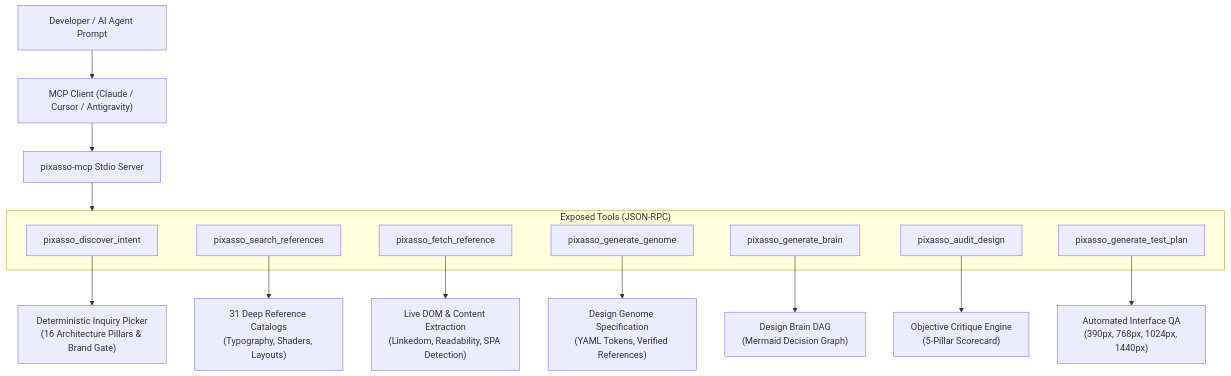
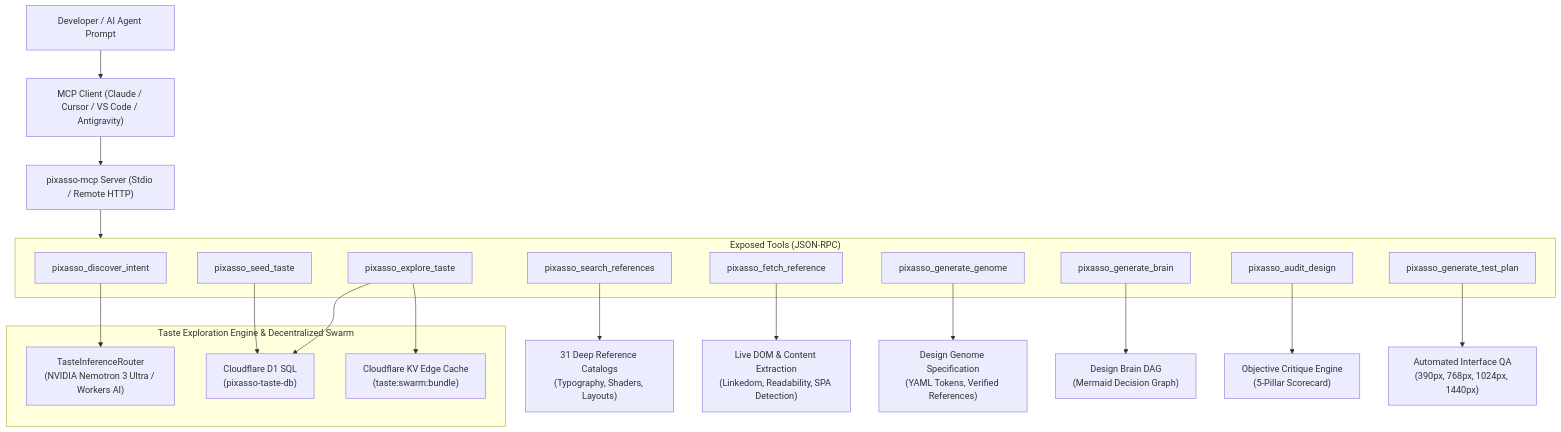
One commit to Erebuzzz/pixasso changed the first of 2 diagrams in mcp-server/README.md. Above: the diagram before and after it, drawn with Mermaid. The commit also changed other lines of this file and 29 other files, not shown here.

Commit message:
Add self-learning taste exploration engine and decentralized swarm intelligence with Cloudflare D1

````diff
--- a/mcp-server/README.md
+++ b/mcp-server/README.md
@@ -17,25 +17,36 @@
 ```mermaid
 flowchart TD
-    User["Developer / AI Agent Prompt"] --> Client["MCP Client (Claude / Cursor / Antigravity)"]
-    Client --> Server["pixasso-mcp Stdio Server"]
+    User["Developer / AI Agent Prompt"] --> Client["MCP Client (Claude / Cursor / VS Code / Antigravity)"]
+    Client --> Server["pixasso-mcp Server (Stdio / Remote HTTP)"]
 
     subgraph Tools ["Exposed Tools (JSON-RPC)"]
         T1["pixasso_discover_intent"]
         T2["pixasso_search_references"]
         T3["pixasso_fetch_reference"]
         T4["pixasso_generate_genome"]
         T5["pixasso_generate_brain"]
         T6["pixasso_audit_design"]
         T7["pixasso_generate_test_plan"]
+        T8["pixasso_explore_taste"]
+        T9["pixasso_seed_taste"]
     end
 
     Server --> Tools
 
-    T1 --> P1["Deterministic Inquiry Picker<br/>(16 Architecture Pillars & Brand Gate)"]
+    subgraph TasteBrain ["Taste Exploration Engine & Decentralized Swarm"]
+        Router["TasteInferenceRouter<br/>(NVIDIA Nemotron 3 Ultra / Workers AI)"]
+        D1["Cloudflare D1 SQL<br/>(pixasso-taste-db)"]
+        KV["Cloudflare KV Edge Cache<br/>(taste:swarm:bundle)"]
+    end
+
+    T1 --> Router
     T2 --> P2["31 Deep Reference Catalogs<br/>(Typography, Shaders, Layouts)"]
     T3 --> P3["Live DOM & Content Extraction<br/>(Linkedom, Readability, SPA Detection)"]
     T4 --> P4["Design Genome Specification<br/>(YAML Tokens, Verified References)"]
     T5 --> P5["Design Brain DAG<br/>(Mermaid Decision Graph)"]
     T6 --> P6["Objective Critique Engine<br/>(5-Pillar Scorecard)"]
     T7 --> P7["Automated Interface QA<br/>(390px, 768px, 1024px, 1440px)"]
+    T8 --> D1
+    T8 --> KV
+    T9 --> D1
 ```
````
